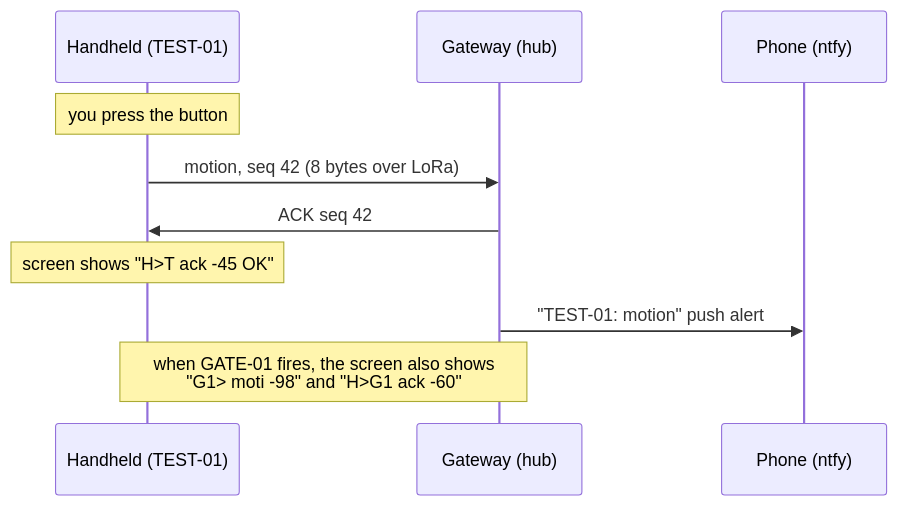
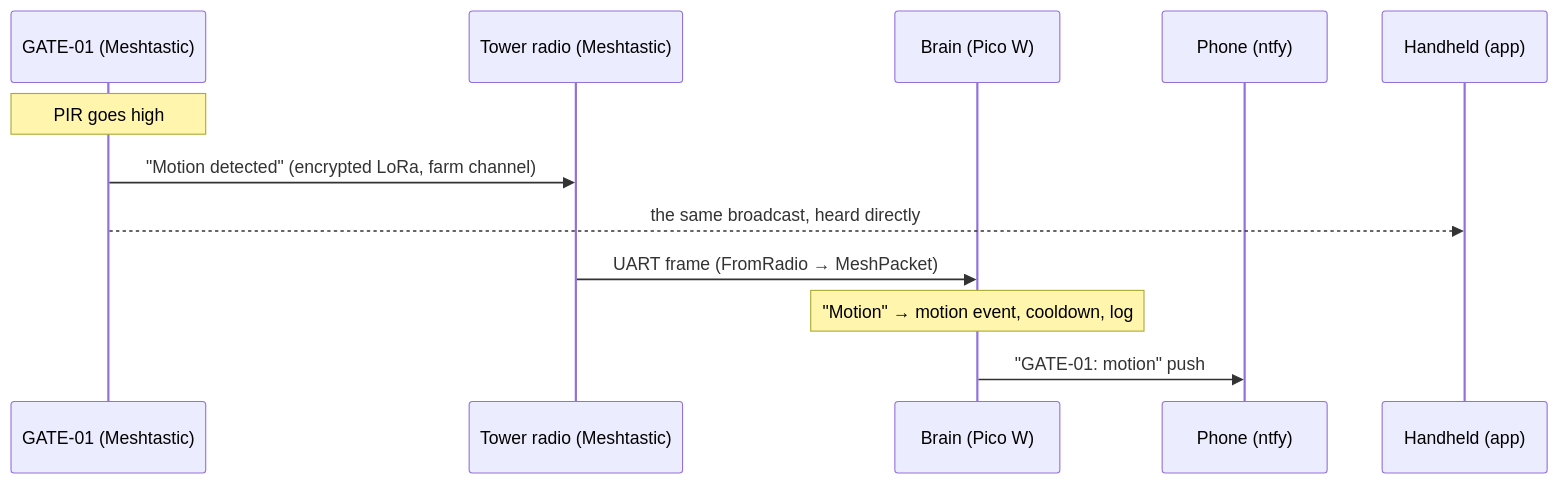
One commit to markfyoung0711/farm-mesh changed the fourth of 4 diagrams in docs/components.md. Above: the diagram before and after it, drawn with Mermaid. The commit also changed other lines of this file and 22 other files, not shown here.

First line of the commit message:
Switch Phase 1 to Meshtastic with a two-board tower gateway

````diff
--- a/docs/components.md
+++ b/docs/components.md
@@ -74,12 +69,14 @@
 ```mermaid
 sequenceDiagram
-    participant T as Handheld (TEST-01)
-    participant H as Gateway (hub)
+    participant G as GATE-01 (Meshtastic)
+    participant R as Tower radio (Meshtastic)
+    participant B as Brain (Pico W)
     participant P as Phone (ntfy)
-    Note over T: you press the button
-    T->>H: motion, seq 42 (8 bytes over LoRa)
-    H->>T: ACK seq 42
-    Note over T: screen shows "H>T ack -45 OK"
-    H->>P: "TEST-01: motion" push alert
-    Note over T,H: when GATE-01 fires, the screen also shows<br/>"G1> moti -98" and "H>G1 ack -60"
+    participant H as Handheld (app)
+    Note over G: PIR goes high
+    G->>R: "Motion detected" (encrypted LoRa, farm channel)
+    G-->>H: the same broadcast, heard directly
+    R->>B: UART frame (FromRadio → MeshPacket)
+    Note over B: "Motion" → motion event, cooldown, log
+    B->>P: "GATE-01: motion" push
 ```
````
